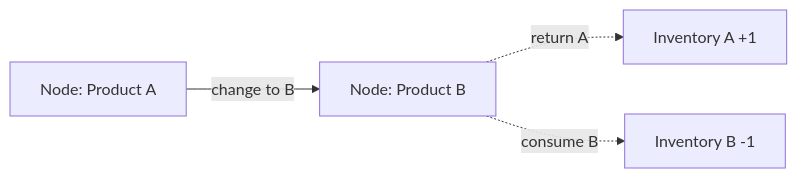
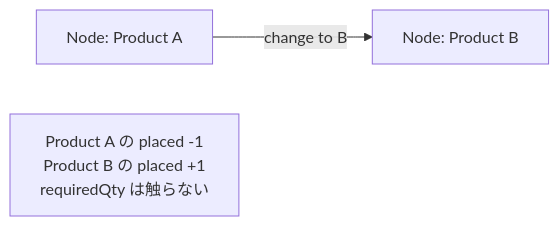
The fourth of 5 diagrams in apps/editor/docs/materials-flow.md (konoe-akitoshi/shumoku), drawn with Mermaid before and after one commit. The commit also changed other lines of this file, not shown here.

First line of the commit message:
docs(editor): rewrite materials-flow around Required model

````diff
--- a/apps/editor/docs/materials-flow.md
+++ b/apps/editor/docs/materials-flow.md
@@ -149,6 +138,5 @@
 ```mermaid
 flowchart LR
   N[Node: Product A] -->|change to B| N2[Node: Product B]
-  N2 -.->|return A| IA[Inventory A +1]
-  N2 -.->|consume B| IB[Inventory B -1]
+  Note[Product A の placed -1<br/>Product B の placed +1<br/>requiredQty は触らない]
 ```
````
